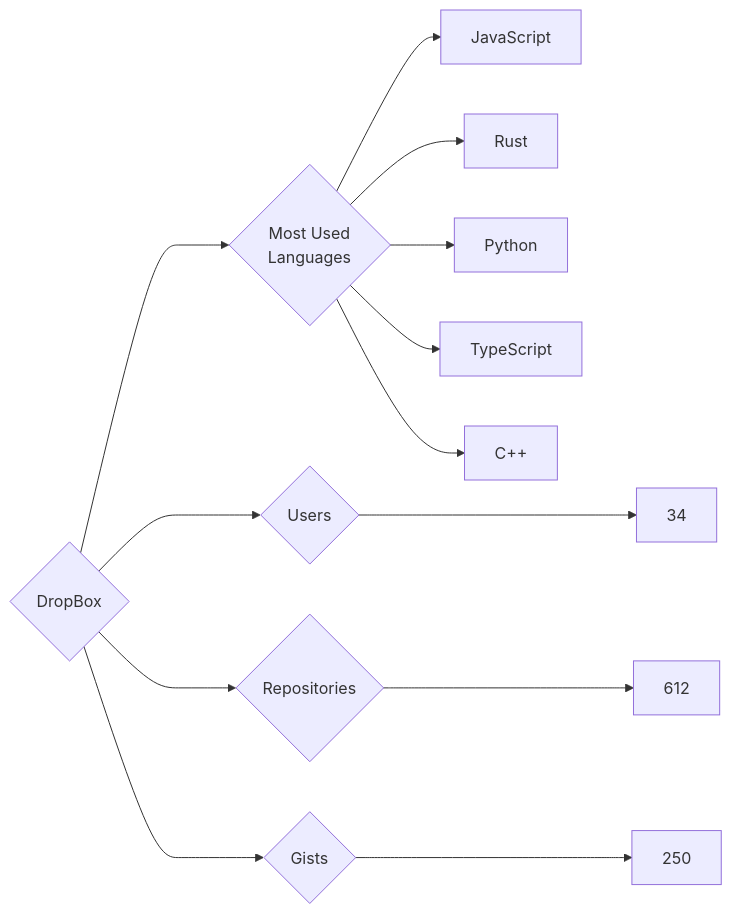
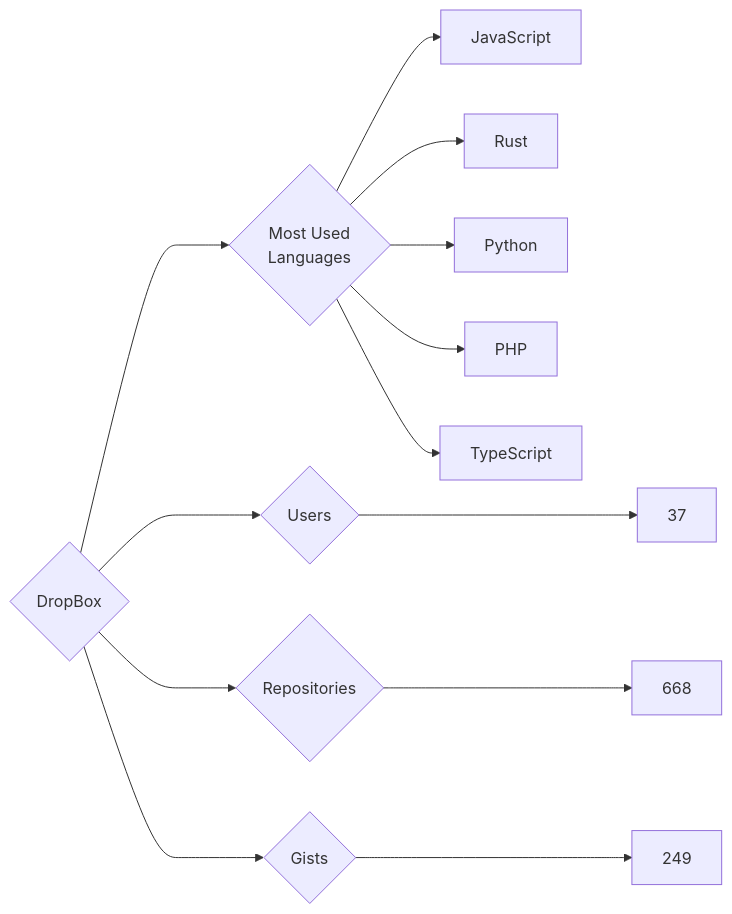
One commit to trickest/insiders changed the diagram in targets/DropBox/README.md. Above: the diagram before and after it, drawn with Mermaid. The commit also changed 1314 other files, not shown here.

````diff
--- a/targets/DropBox/README.md
+++ b/targets/DropBox/README.md
@@ -3,13 +3,13 @@
 ```mermaid
 graph LR
 COMPANY_NAME{DropBox}
-COMPANY_NAME ---> U{Users} ---> UN[34]
-COMPANY_NAME ---> R{Repositories} ---> RN[612]
-COMPANY_NAME ---> G{Gists} ---> GN[250]
+COMPANY_NAME ---> U{Users} ---> UN[37]
+COMPANY_NAME ---> R{Repositories} ---> RN[668]
+COMPANY_NAME ---> G{Gists} ---> GN[249]
 COMPANY_NAME ---> ML{Most Used<br>Languages}
 ML --> JavaScript[JavaScript]
 ML --> Rust[Rust]
 ML --> Python[Python]
+ML --> PHP[PHP]
 ML --> TypeScript[TypeScript]
-ML --> C++[C++]
 ```
````
